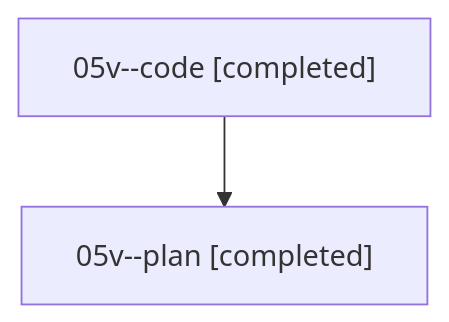
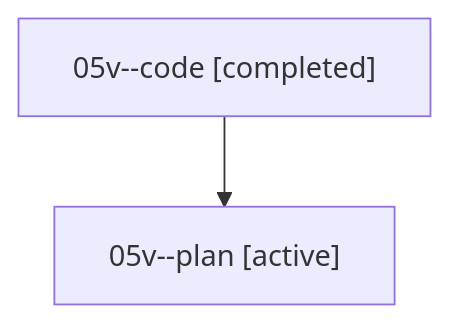
Before and after one commit to sase-org/sase--agents: the diagram in families/bbugyi200.athena.05v.md, drawn with Mermaid. The commit also changed other lines of this file and 35830 other files, not shown here.

````diff
--- a/families/bbugyi200.athena.05v.md
+++ b/families/bbugyi200.athena.05v.md
@@ -9,6 +9,6 @@
 ```mermaid
 flowchart TD
   n0["05v--code [completed]"]
-  n1["05v--plan [completed]"]
+  n1["05v--plan [active]"]
   n0 --> n1
 ```
````
